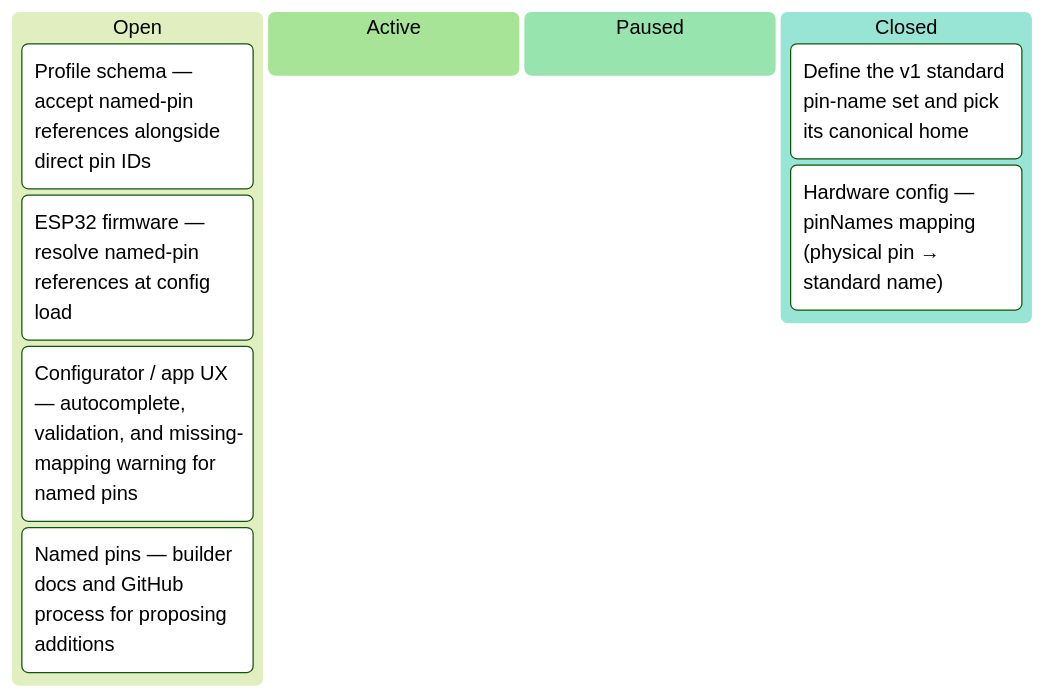
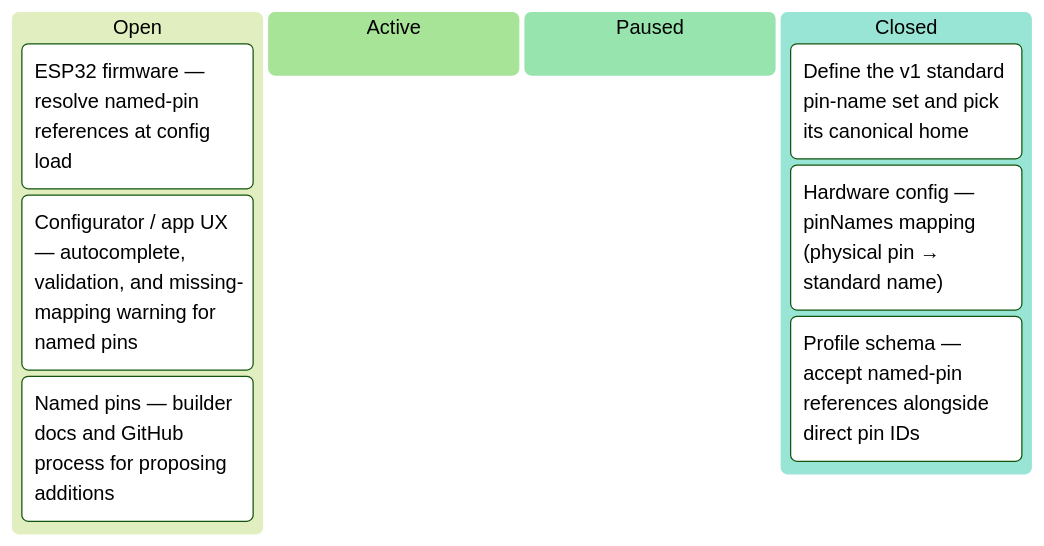
The fourth of 9 diagrams in docs/developers/tasks/KANBAN.md (tgd1975/AwesomeGuitarPedal), drawn with Mermaid (forest theme) before and after one commit. The commit also changed other lines of this file and 10 other files, not shown here.

First line of the commit message:
close TASK-379: profile schema accepts named-pin references (EPIC-029)

````diff
--- a/docs/developers/tasks/KANBAN.md
+++ b/docs/developers/tasks/KANBAN.md
@@ -52,13 +52,13 @@
 ```mermaid
 kanban
   Open
-    TASK_379["Profile schema — accept named-pin references alongside direct pin IDs"]
     TASK_380["ESP32 firmware — resolve named-pin references at config load"]
     TASK_381["Configurator / app UX — autocomplete, validation, and missing-mapping warning for named pins"]
     TASK_382["Named pins — builder docs and GitHub process for proposing additions"]
   Active
   Paused
   Closed
     TASK_377["Define the v1 standard pin-name set and pick its canonical home"]
     TASK_378["Hardware config — pinNames mapping (physical pin → standard name)"]
+    TASK_379["Profile schema — accept named-pin references alongside direct pin IDs"]
 ```
````
